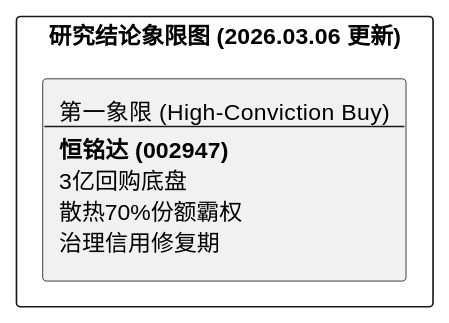
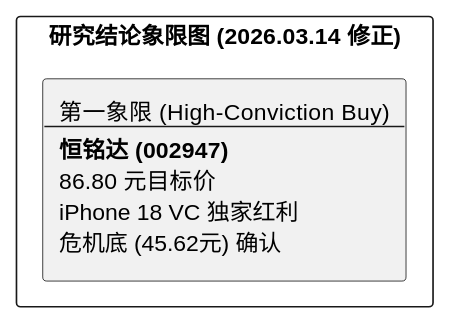
Before and after one commit to hrzzzrh/QuantPyLab: the diagram in investigation/equities/恒铭达/reports/研报章节七：投资摘要与风险因素.md, drawn with PlantUML. The commit also changed other lines of this file and 30 other files, not shown here.

````diff
--- a/investigation/equities/恒铭达/reports/研报章节七：投资摘要与风险因素.md
+++ b/investigation/equities/恒铭达/reports/研报章节七：投资摘要与风险因素.md
@@ -24,7 +23,7 @@
 ```plantuml
 @startuml
-rectangle "研究结论象限图 (2026.03.06 更新)" {
-    rectangle "第一象限 (High-Conviction Buy)\n--\n**恒铭达 (002947)**\n3亿回购底盘\n散热70%份额霸权\n治理信用修复期" as Q1
+rectangle "研究结论象限图 (2026.03.14 修正)" {
+    rectangle "第一象限 (High-Conviction Buy)\n--\n**恒铭达 (002947)**\n86.80 元目标价\niPhone 18 VC 独家红利\n危机底 (45.62元) 确认" as Q1
 }
 @enduml
 ```
````
